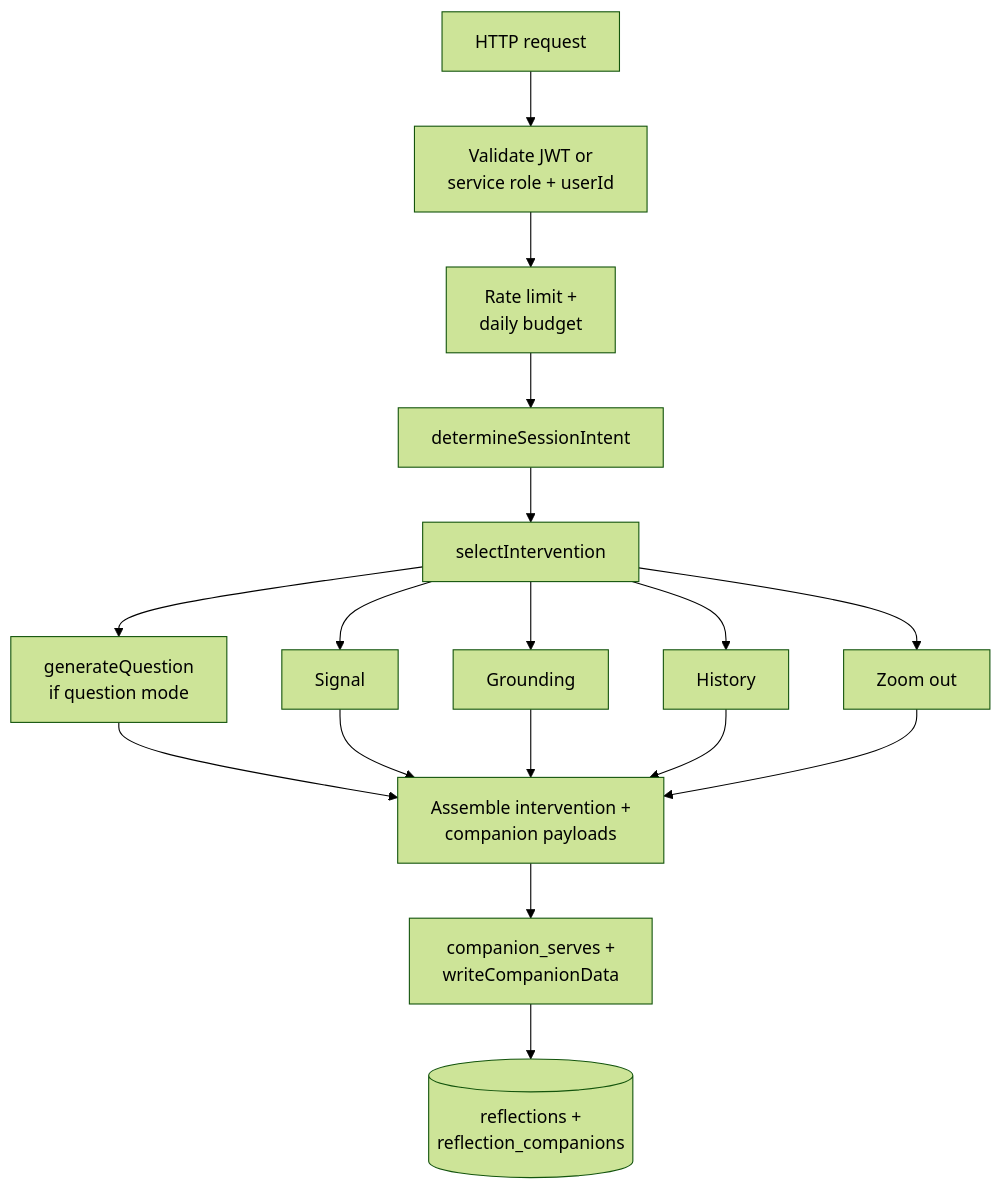
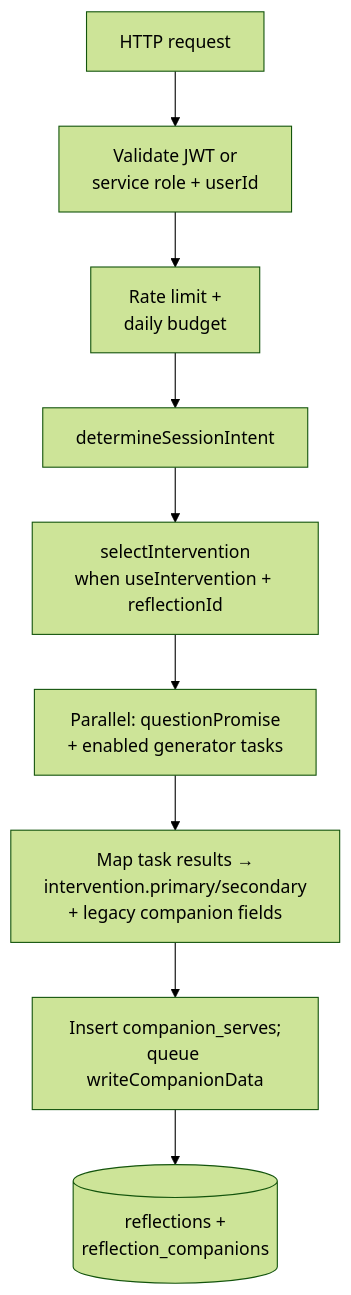
Before and after one commit to Angelguirao/holzen: the third of 5 diagrams in docs/ai-powered-pause-system.md, drawn with Mermaid (forest theme). The commit also changed other lines of this file, not shown here.

Commit message:
docs: tighten §5–7 orchestrator flow, intervention tree, and gating caveats

````diff
--- a/docs/ai-powered-pause-system.md
+++ b/docs/ai-powered-pause-system.md
@@ -267,19 +268,11 @@
 ```mermaid
 flowchart TD
   IN[HTTP request] --> AUTH[Validate JWT or\nservice role + userId]
   AUTH --> RL[Rate limit +\ndaily budget]
   RL --> SI[determineSessionIntent]
-  SI --> SEL[selectIntervention]
-  SEL --> Q[generateQuestion\nif question mode]
-  SEL --> GS[Signal]
-  SEL --> GG[Grounding]
-  SEL --> GH[History]
-  SEL --> GZ[Zoom out]
-  Q --> ASM[Assemble intervention +\ncompanion payloads]
-  GS --> ASM
-  GG --> ASM
-  GH --> ASM
-  GZ --> ASM
-  ASM --> SRV[companion_serves +\nwriteCompanionData]
+  SI --> SEL[selectIntervention\nwhen useIntervention + reflectionId]
+  SEL --> PAR["Parallel: questionPromise\n+ enabled generator tasks"]
+  PAR --> ASM[Map task results →\nintervention.primary/secondary\n+ legacy companion fields]
+  ASM --> SRV[Insert companion_serves;\nqueue writeCompanionData]
   SRV --> OUT[(reflections +\nreflection_companions)]
 ```
````
